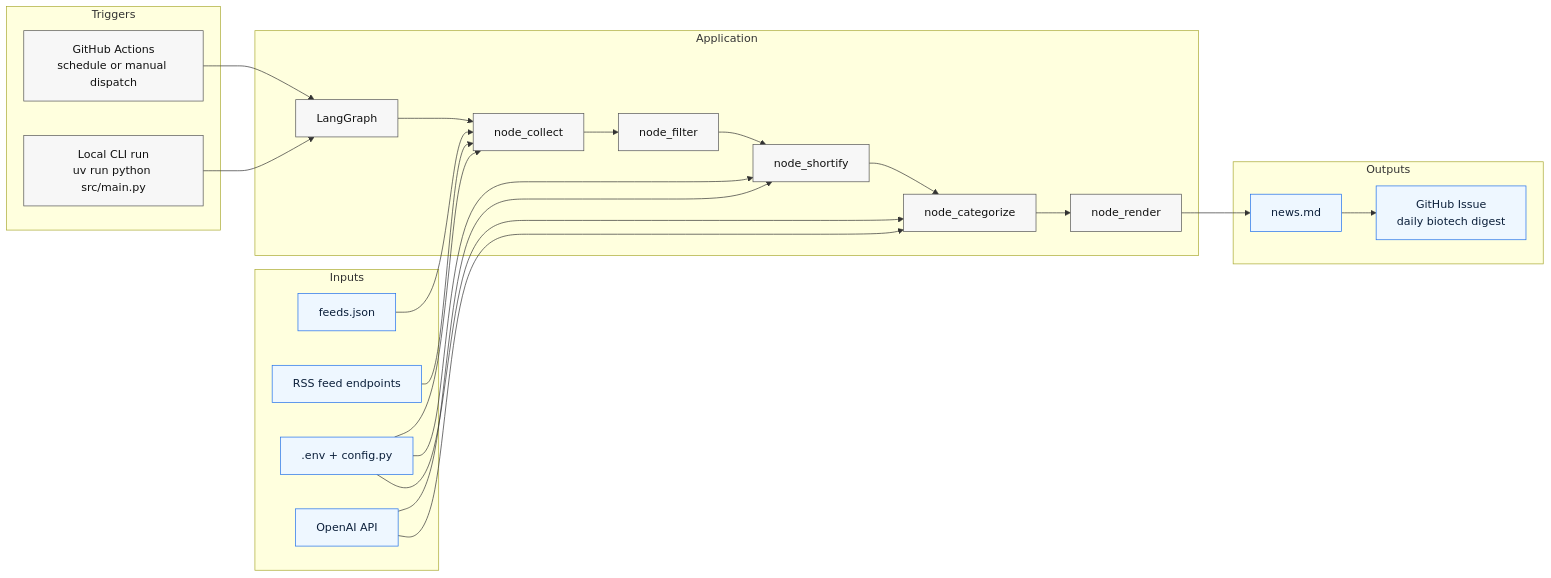
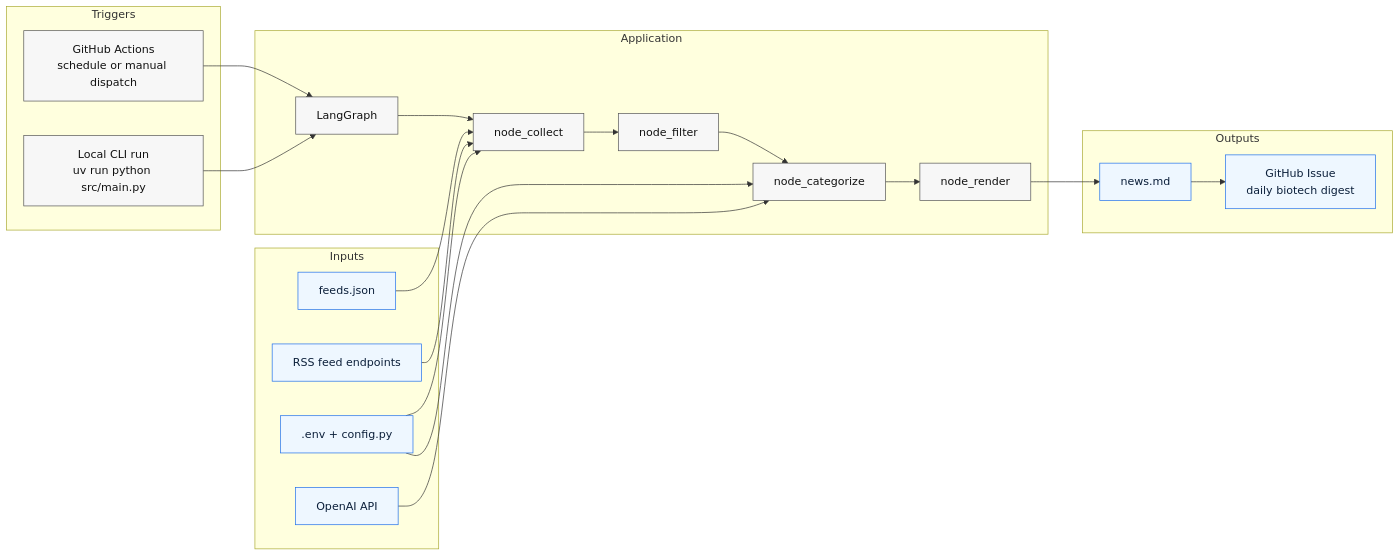
The first of 2 diagrams in README.md (ActioBio/bio-news-agent), drawn with Mermaid before and after one commit. The commit also changed other lines of this file and 7 other files, not shown here.

Commit message:
refactor(pipeline): improve dedupe flow and feed resilience

````diff
--- a/README.md
+++ b/README.md
@@ -9,45 +9,42 @@
 ```mermaid
 flowchart LR
     subgraph Trigger[Triggers]
         GH[GitHub Actions<br/>schedule or manual dispatch]
         LOCAL[Local CLI run<br/>uv run python src/main.py]
     end
 
     subgraph App[Application]
         G[LangGraph]
         C[node_collect]
         F[node_filter]
-        S[node_shortify]
         K[node_categorize]
         R[node_render]
-        G --> C --> F --> S --> K --> R
+        G --> C --> F --> K --> R
     end
 
     subgraph In[Inputs]
         FEEDS[feeds.json]
         RSS[RSS feed endpoints]
         CONF[.env + config.py]
         OAI[OpenAI API]
     end
 
     subgraph Out[Outputs]
         MD[news.md]
         ISSUE[GitHub Issue<br/>daily biotech digest]
     end
 
     GH --> G
     LOCAL --> G
     FEEDS --> C
     RSS --> C
     CONF --> C
-    CONF --> S
     CONF --> K
-    OAI --> S
     OAI --> K
     R --> MD --> ISSUE
 
     classDef io fill:#eef7ff,stroke:#1f6feb,stroke-width:1px,color:#0b1f3a;
     classDef proc fill:#f7f7f7,stroke:#555,stroke-width:1px,color:#111;
     class FEEDS,RSS,CONF,OAI,MD,ISSUE io;
-    class GH,LOCAL,G,C,F,S,K,R proc;
+    class GH,LOCAL,G,C,F,K,R proc;
 ```
````
